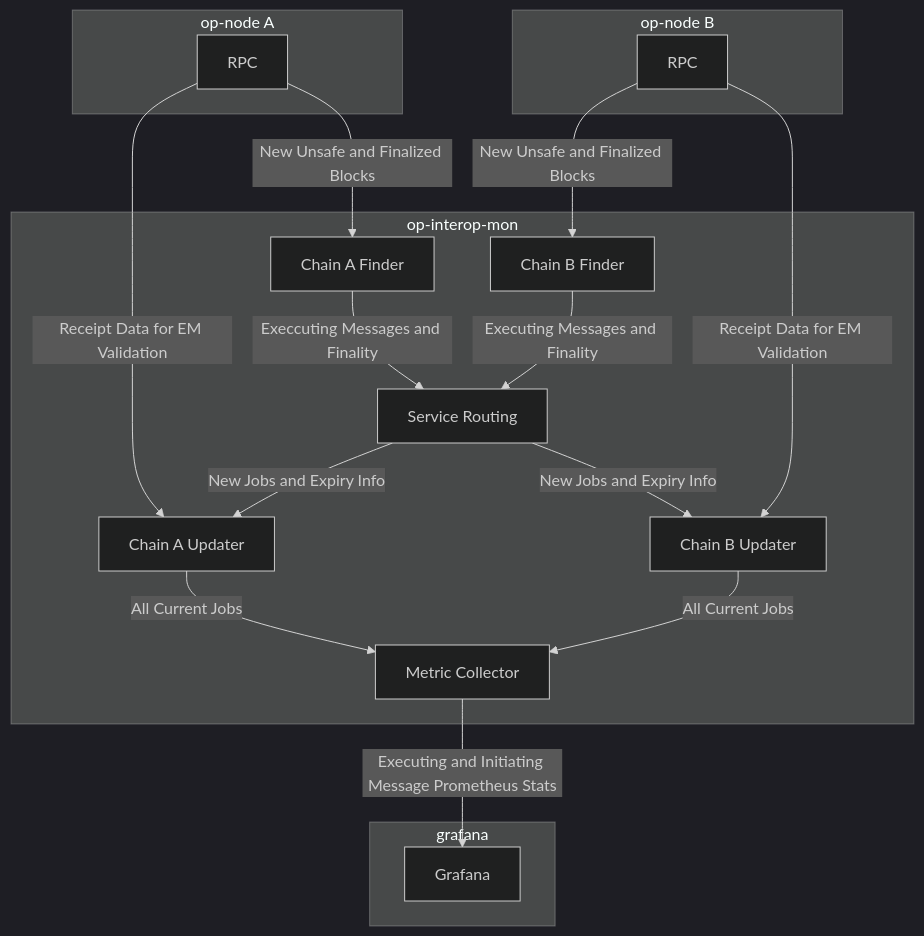
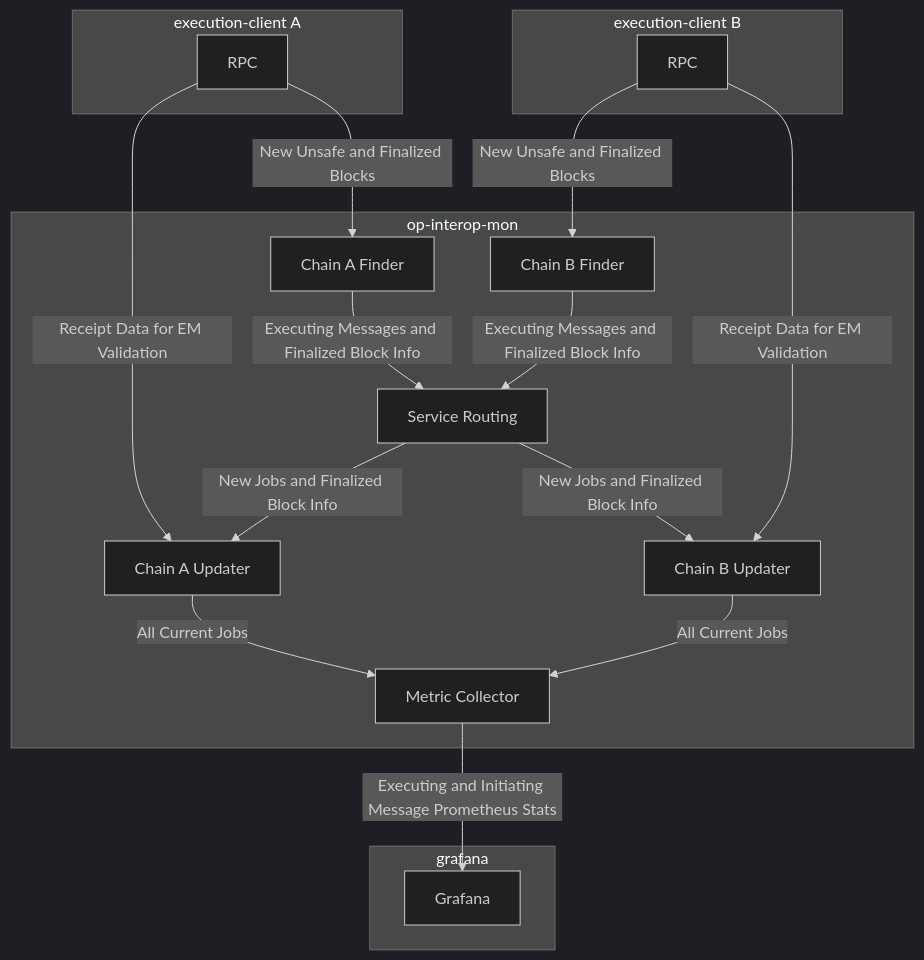
Before and after one commit to KellyHarte/locksmith-lab: the diagram in op-interop-mon/README.md, drawn with Mermaid (dark theme). The commit also changed other lines of this file and 5 other files, not shown here.

````diff
--- a/op-interop-mon/README.md
+++ b/op-interop-mon/README.md
@@ -20,38 +20,38 @@
 ```mermaid
 flowchart TD
 
-  subgraph op-node A
+  subgraph execution-client A
     ra[RPC]
   end
 
-  subgraph op-node B
+  subgraph execution-client B
     rb[RPC]
   end
 
   subgraph grafana
    g[Grafana]
   end
 
   %% Main Monitoring Group
   subgraph service["op-interop-mon"]
     s[Service Routing]
     m[Metric Collector]
     fa[Chain A Finder]
     fb[Chain B Finder]
     ua[Chain A Updater️]
     ub[Chain B Updater]
   end
 
   ra --"New Unsafe and Finalized Blocks"--> fa
   ra --"Receipt Data for EM Validation"--> ua
-  fa --"Execcuting Messages and Finality" --> s
-  s --"New Jobs and Expiry Info" --> ub
+  fa --"Executing Messages and Finalized Block Info" --> s
+  s --"New Jobs and Finalized Block Info" --> ub
   rb --"New Unsafe and Finalized Blocks"--> fb
   rb --"Receipt Data for EM Validation"--> ub
-  fb --"Executing Messages and Finality" --> s
-  s --"New Jobs and Expiry Info" --> ua
+  fb --"Executing Messages and Finalized Block Info" --> s
+  s --"New Jobs and Finalized Block Info" --> ua
   ua --"All Current Jobs"--> m
   ub --"All Current Jobs"--> m
   m --"Executing and Initiating Message Prometheus Stats"--> g
 
 ```
````
